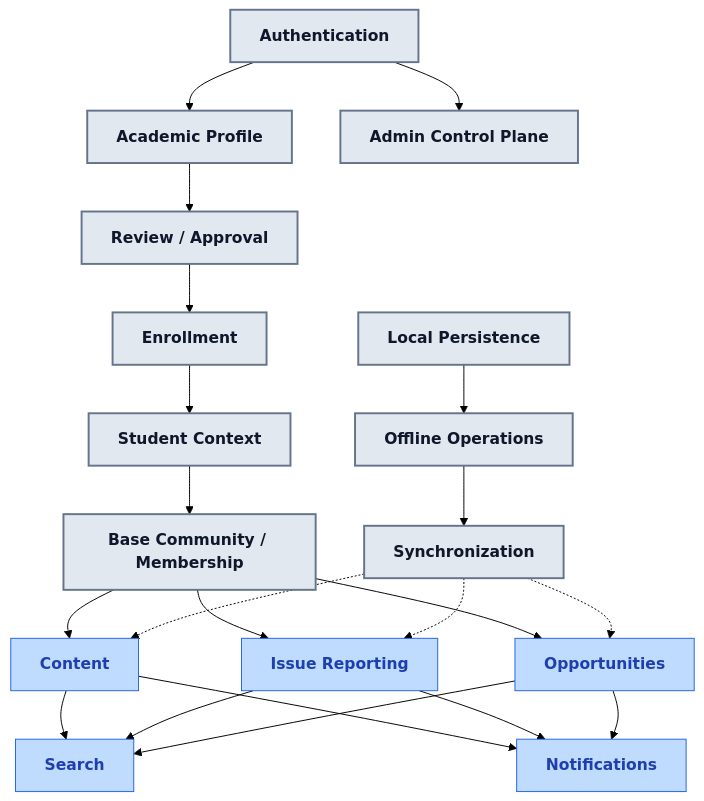
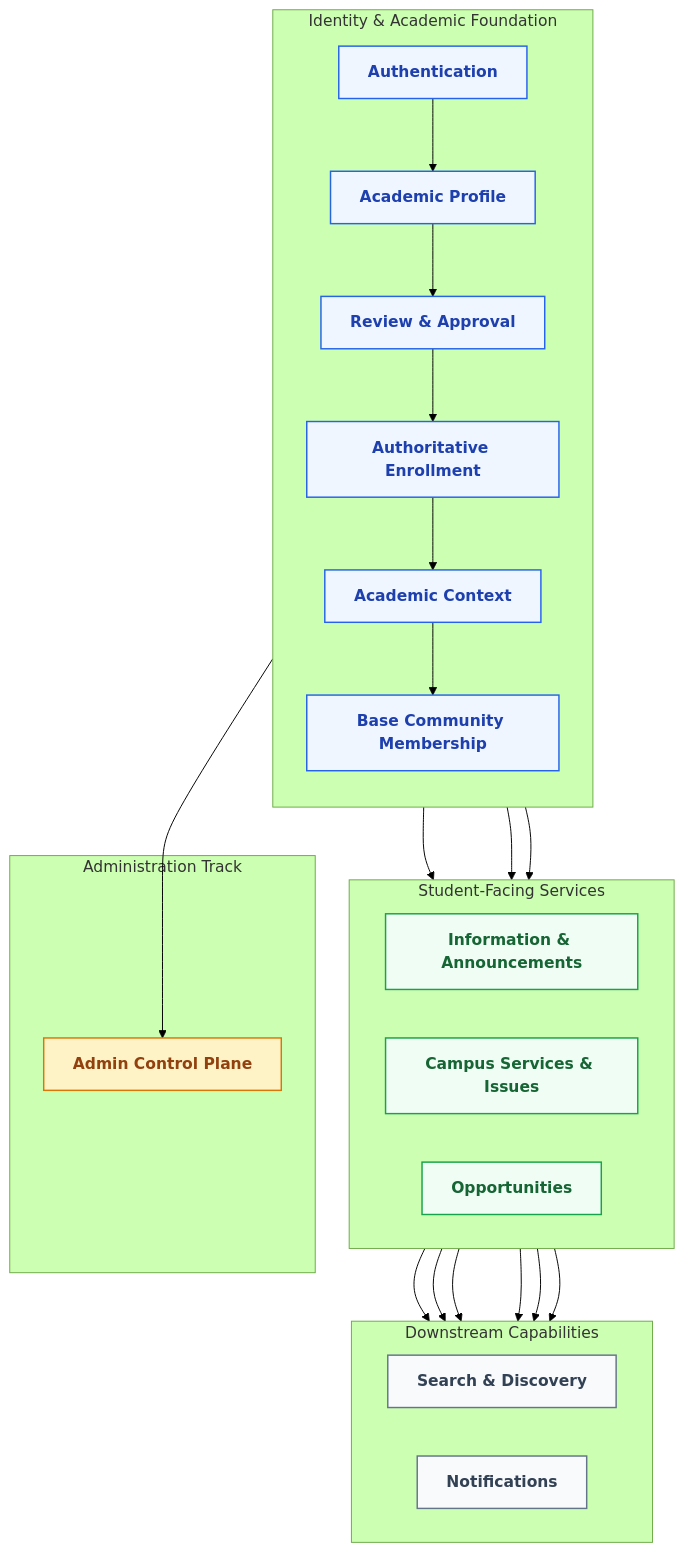
Before and after one commit to davidalbertstark-lab/Lenar: the second of 5 diagrams in docs/product/03-Product-Requirements.md, drawn with Mermaid (forest theme). The commit also changed other lines of this file and 28 other files, not shown here.

Commit message:
docs: system-wide diagram redesign for first-instance comprehension

````diff
--- a/docs/product/03-Product-Requirements.md
+++ b/docs/product/03-Product-Requirements.md
@@ -134,53 +139,46 @@
 ```mermaid
 flowchart TD
-    classDef default fill:#f8fafc,stroke:#cbd5e1,stroke-width:1px,color:#334155
-    classDef foundation fill:#e2e8f0,stroke:#64748b,stroke-width:2px,font-weight:bold,color:#0f172a
-    classDef feature fill:#bfdbfe,stroke:#2563eb,stroke-width:1px,font-weight:bold,color:#1e40af
+    classDef foundation fill:#eff6ff,stroke:#2563eb,stroke-width:1.5px,color:#1e40af,font-weight:bold
+    classDef feature fill:#f0fdf4,stroke:#16a34a,stroke-width:1.5px,color:#166534,font-weight:bold
+    classDef discovery fill:#f8fafc,stroke:#64748b,stroke-width:1.5px,color:#334155,font-weight:bold
+    classDef admin fill:#fef3c7,stroke:#d97706,stroke-width:1.5px,color:#92400e,font-weight:bold
 
-    Auth[Authentication]
-    Prof[Academic Profile]
-    Rev[Review / Approval]
-    Enr[Enrollment]
-    Context[Student Context]
-    Comm[Base Community / Membership]
-    
-    Content[Content]
-    Search[Search]
-    Issue[Issue Reporting]
-    Opp[Opportunities]
-    Notif[Notifications]
-    Local[Local Persistence]
-    Offline[Offline Operations]
-    Sync[Synchronization]
-    Admin[Admin Control Plane]
-    
-    Auth --> Prof
-    Prof --> Rev
-    Rev --> Enr
-    Enr --> Context
-    Context --> Comm
-    
+    subgraph Foundation ["Identity & Academic Foundation"]
+        direction TB
+        Auth["Authentication"]:::foundation --> Prof["Academic Profile"]:::foundation
+        Prof --> Rev["Review & Approval"]:::foundation
+        Rev --> Enr["Authoritative Enrollment"]:::foundation
+        Enr --> Context["Academic Context"]:::foundation
+        Context --> Comm["Base Community Membership"]:::foundation
+    end
+
+    subgraph AdminTrack ["Administration Track"]
+        Admin["Admin Control Plane"]:::admin
+    end
+
+    subgraph Features ["Student-Facing Services"]
+        direction LR
+        Content["Information & Announcements"]:::feature
+        Issue["Campus Services & Issues"]:::feature
+        Opp["Opportunities"]:::feature
+    end
+
+    subgraph Enablers ["Downstream Capabilities"]
+        direction LR
+        Search["Search & Discovery"]:::discovery
+        Notif["Notifications"]:::discovery
+    end
+
     Auth --> Admin
-    
     Comm --> Content
     Comm --> Issue
     Comm --> Opp
-    
+
     Content --> Search
     Issue --> Search
     Opp --> Search
-    
+
     Content --> Notif
     Issue --> Notif
     Opp --> Notif
-    
-    Local --> Offline
-    Offline --> Sync
-    
-    Sync -.-> Content
-    Sync -.-> Issue
-    Sync -.-> Opp
-    
-    class Auth,Prof,Rev,Enr,Context,Comm,Local,Offline,Sync,Admin foundation;
-    class Content,Search,Issue,Opp,Notif feature;
 ```
````
